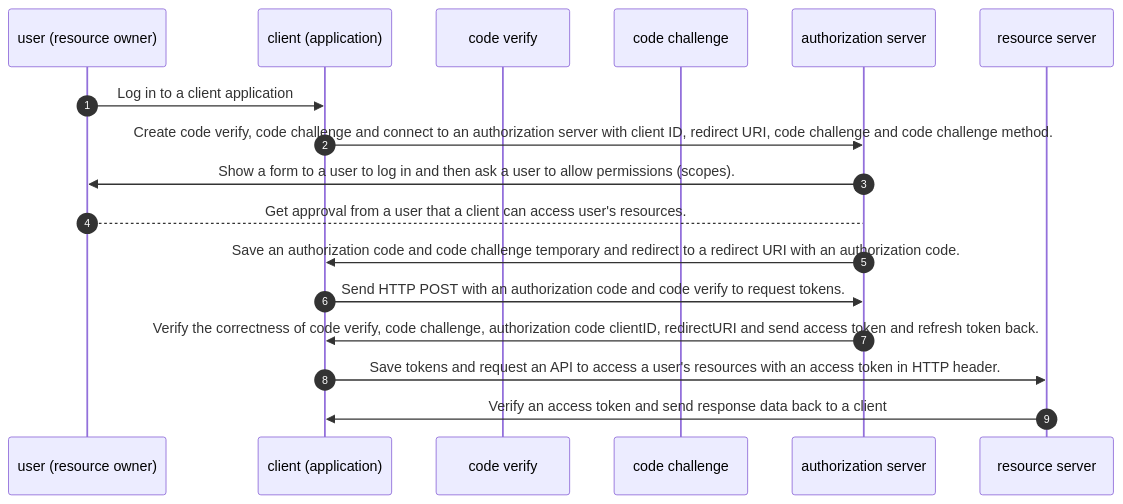
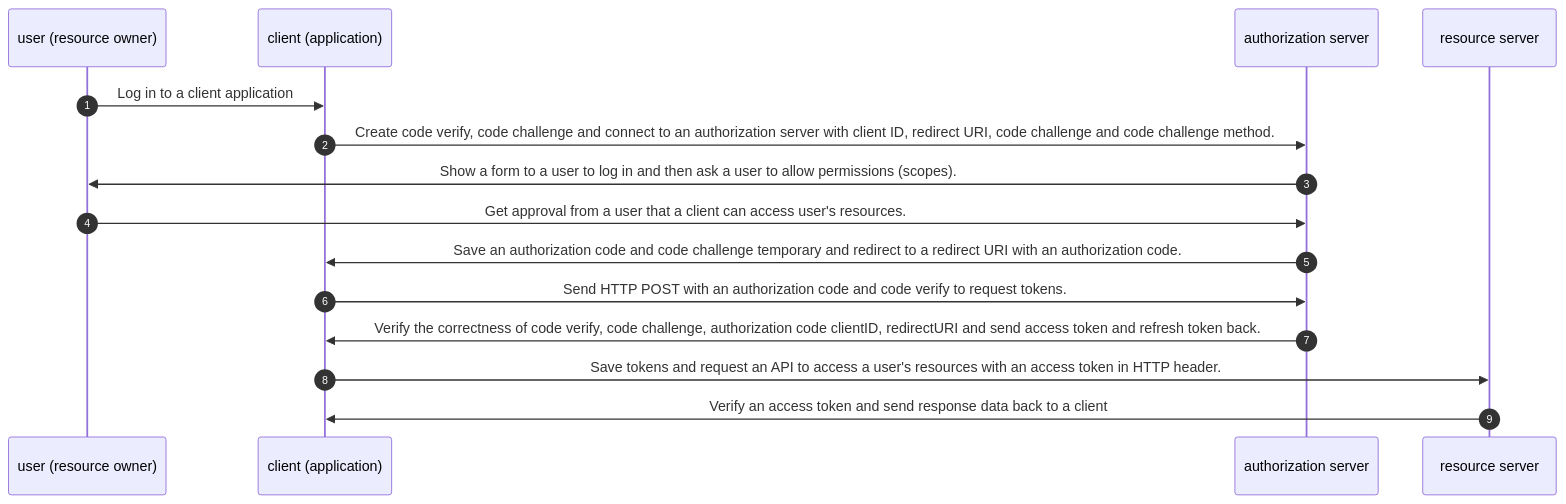
Before and after one commit to dotnetthailand/dotnetthailand.github.io: the fifth of 5 diagrams in content/faq/fundamental/oauth.md, drawn with Mermaid. The commit also changed other lines of this file, not shown here.

Commit message:
Remove code verify/code challenge participant

````diff
--- a/content/faq/fundamental/oauth.md
+++ b/content/faq/fundamental/oauth.md
@@ -110,21 +110,19 @@
 ```mermaid
 sequenceDiagram
   autonumber
   participant user as user (resource owner)
   participant client as client (application)
-  participant verify as code verify
-  participant challenge as code challenge
   participant authorization_server as authorization server
   participant resource_server as resource server
 
   user ->> client: Log in to a client application
   client ->> authorization_server: Create code verify, code challenge and connect to an authorization server with client ID, redirect URI, code challenge and code challenge method.
   authorization_server ->> user: Show a form to a user to log in and then ask a user to allow permissions (scopes).
-  user --> authorization_server: Get approval from a user that a client can access user's resources.
+  user ->> authorization_server: Get approval from a user that a client can access user's resources.
   authorization_server ->> client: Save an authorization code and code challenge temporary and redirect to a redirect URI with an authorization code.
   client ->> authorization_server: Send HTTP POST with an authorization code and code verify to request tokens.
   authorization_server ->> client: Verify the correctness of code verify, code challenge, authorization code clientID, redirectURI and send access token and refresh token back.
   client ->> resource_server: Save tokens and request an API to access a user's resources with an access token in HTTP header.
   resource_server ->> client: Verify an access token and send response data back to a client
 
 ```
````
